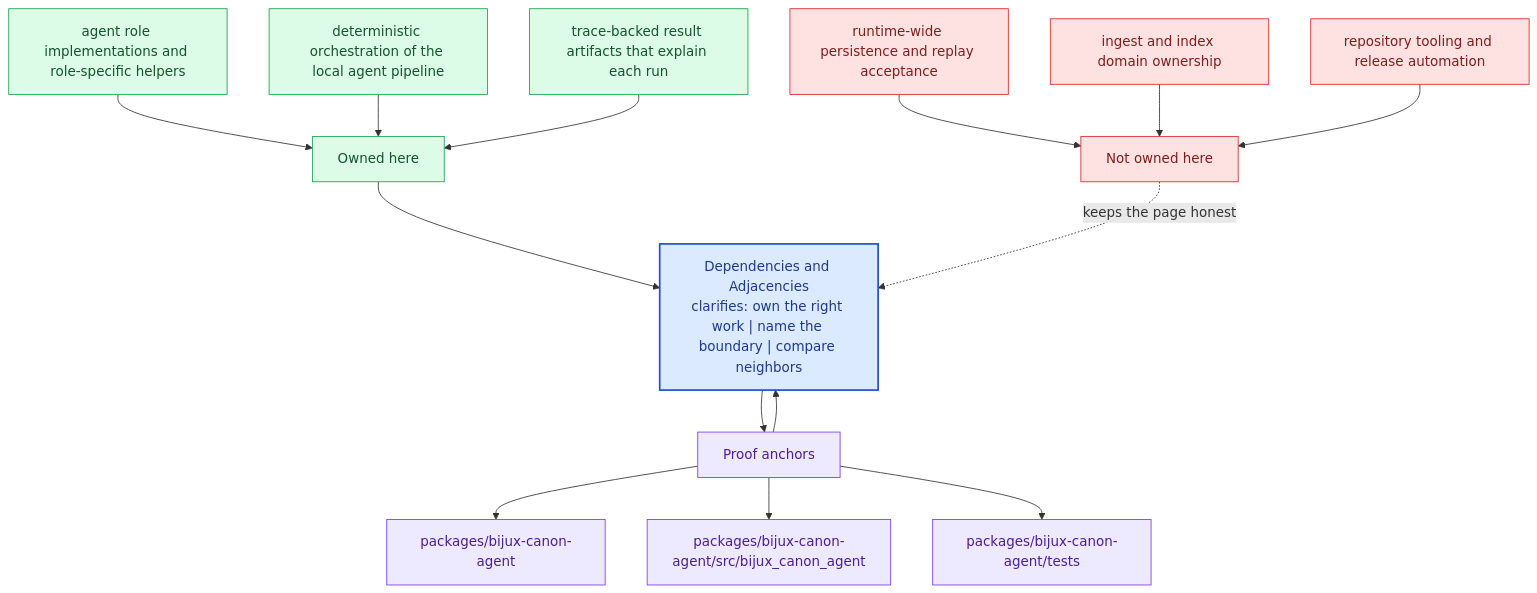
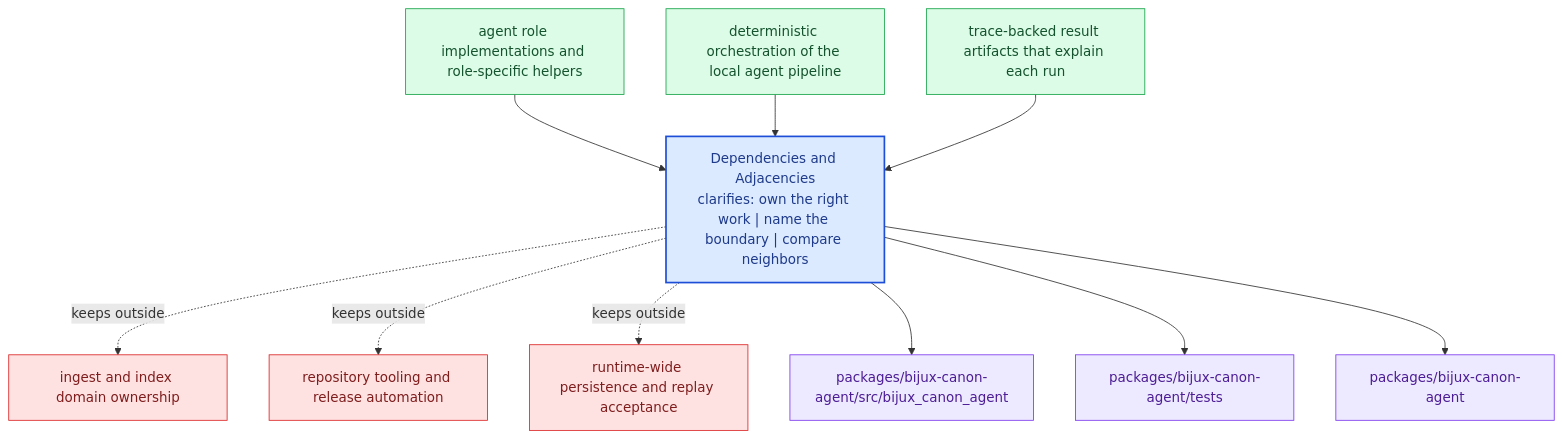
One commit to bijux/bijux-canon changed the diagram in docs/bijux-canon-agent/foundation/dependencies-and-adjacencies.md. Above: the diagram before and after it, drawn with Mermaid. The commit also changed other lines of this file and 281 other files, not shown here.

Commit message:
docs(diagrams): replace repeated mermaid scaffolds with page-specific summaries

````diff
--- a/docs/bijux-canon-agent/foundation/dependencies-and-adjacencies.md
+++ b/docs/bijux-canon-agent/foundation/dependencies-and-adjacencies.md
@@ -69,40 +24,31 @@
 ```mermaid
 flowchart TB
-    promise["Dependencies and Adjacencies<br/>clarifies: own the right work | name the boundary | compare neighbors"]
-    classDef promise fill:#dbeafe,stroke:#1d4ed8,color:#1e3a8a,stroke-width:2px;
-    classDef driver fill:#dcfce7,stroke:#16a34a,color:#14532d;
-    classDef constraint fill:#fee2e2,stroke:#dc2626,color:#7f1d1d;
-    classDef ground fill:#ede9fe,stroke:#7c3aed,color:#4c1d95;
-    focus1["Owned here"]
-    focus1 --> promise
-    focus1_1["agent role implementations and role-specific helpers"]
-    focus1_1 --> focus1
-    focus1_2["deterministic orchestration of the local agent pipeline"]
-    focus1_2 --> focus1
-    focus1_3["trace-backed result artifacts that explain each run"]
-    focus1_3 --> focus1
-    class focus1 driver;
-    class focus1_1,focus1_2,focus1_3 driver;
-    focus2["Not owned here"]
-    focus2 -.keeps the page honest.-> promise
-    focus2_1["runtime-wide persistence and replay acceptance"]
-    focus2_1 --> focus2
-    focus2_2["ingest and index domain ownership"]
-    focus2_2 --> focus2
-    focus2_3["repository tooling and release automation"]
-    focus2_3 --> focus2
-    class focus2 constraint;
-    class focus2_1,focus2_2,focus2_3 constraint;
-    focus3["Proof anchors"]
-    focus3 --> promise
-    promise --> focus3
-    focus3_1["packages/bijux-canon-agent"]
-    focus3 --> focus3_1
-    focus3_2["packages/bijux-canon-agent/src/bijux_canon_agent"]
-    focus3 --> focus3_2
-    focus3_3["packages/bijux-canon-agent/tests"]
-    focus3 --> focus3_3
-    class focus3 ground;
-    class focus3_1,focus3_2,focus3_3 ground;
-    class promise promise;
+    page["Dependencies and Adjacencies<br/>clarifies: own the right work | name the boundary | compare neighbors"]
+    classDef page fill:#dbeafe,stroke:#1d4ed8,color:#1e3a8a,stroke-width:2px;
+    classDef positive fill:#dcfce7,stroke:#16a34a,color:#14532d;
+    classDef caution fill:#fee2e2,stroke:#dc2626,color:#7f1d1d;
+    classDef anchor fill:#ede9fe,stroke:#7c3aed,color:#4c1d95;
+    classDef action fill:#fef3c7,stroke:#d97706,color:#7c2d12;
+    own1["agent role implementations and role-specific helpers"]
+    own1 --> page
+    own2["deterministic orchestration of the local agent pipeline"]
+    own2 --> page
+    own3["trace-backed result artifacts that explain each run"]
+    own3 --> page
+    limit1["ingest and index domain ownership"]
+    page -.keeps outside.-> limit1
+    limit2["repository tooling and release automation"]
+    page -.keeps outside.-> limit2
+    limit3["runtime-wide persistence and replay acceptance"]
+    page -.keeps outside.-> limit3
+    anchor1["packages/bijux-canon-agent/src/bijux_canon_agent"]
+    page --> anchor1
+    anchor2["packages/bijux-canon-agent/tests"]
+    page --> anchor2
+    anchor3["packages/bijux-canon-agent"]
+    page --> anchor3
+    class page page;
+    class own1,own2,own3 positive;
+    class limit1,limit2,limit3 caution;
+    class anchor1,anchor2,anchor3 anchor;
 ```
````
